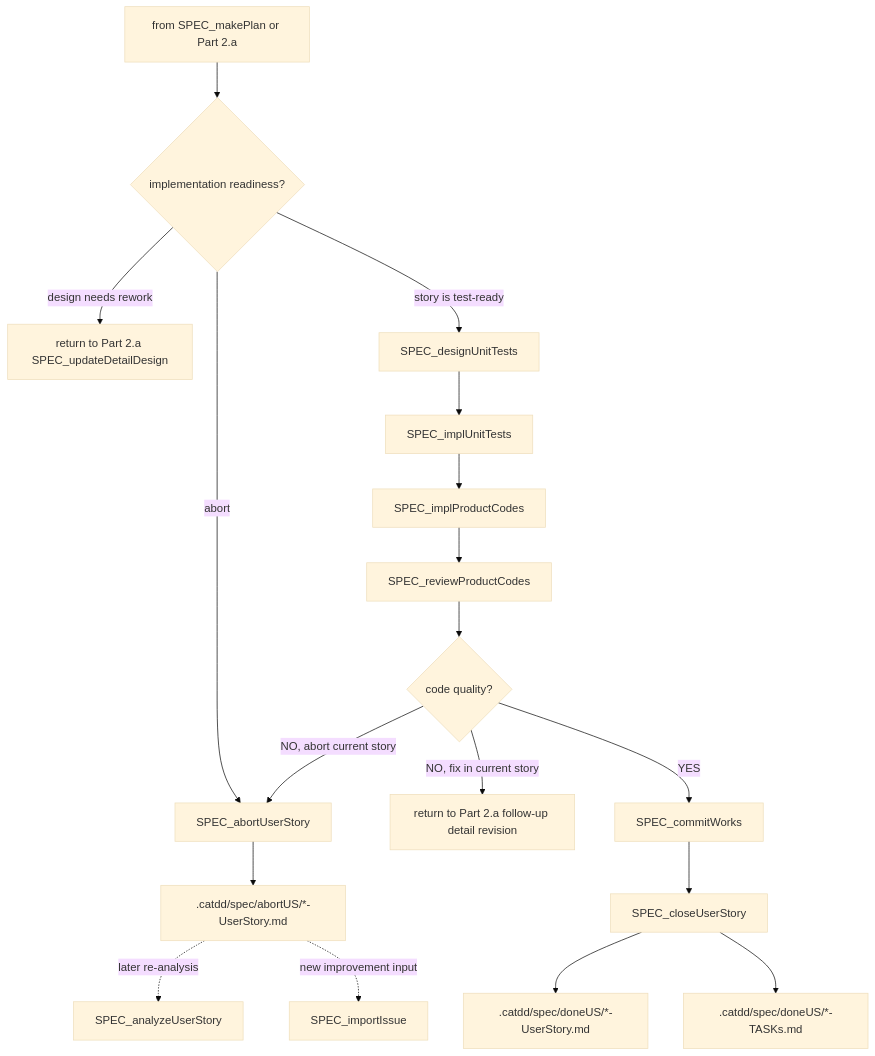
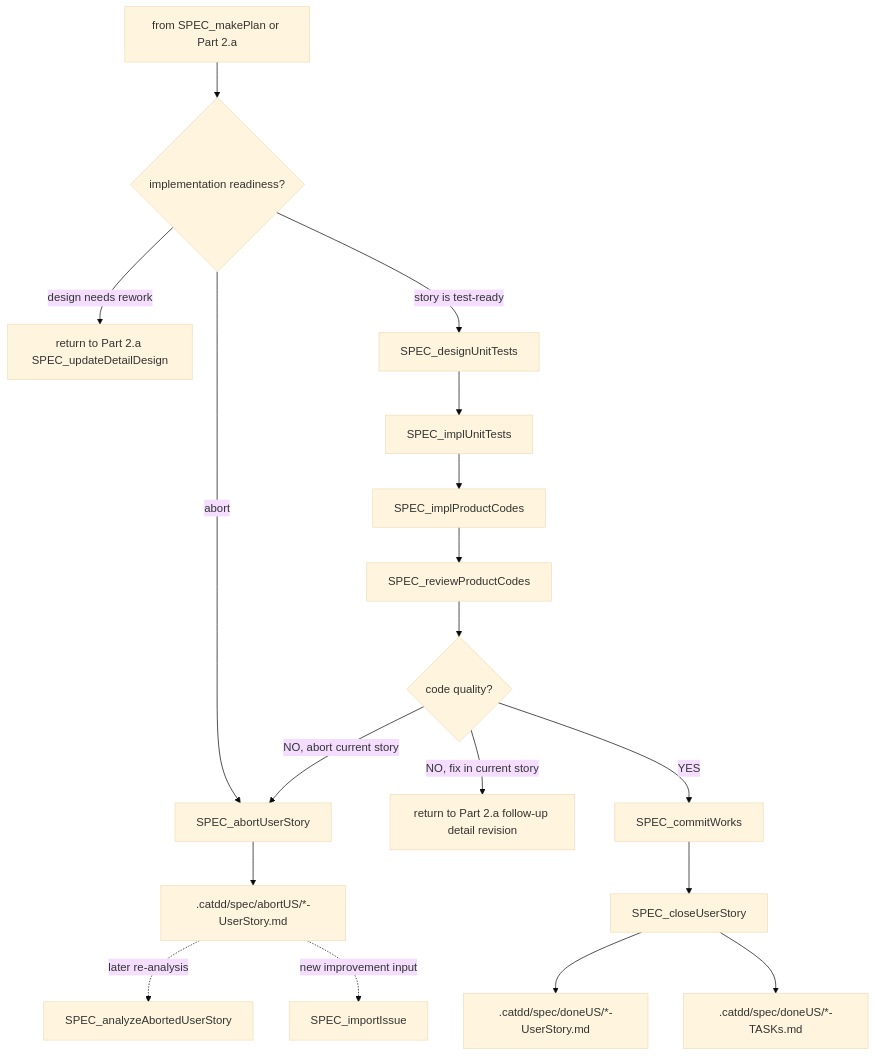
The third of 3 diagrams in .catdd/slashCommands/flows/Px-SpecFlow_ZH.md (HZ-XYZ-FORKS/MyInterObjCom-PlayKata-githubCopilot-autoModel-libIOC-inC), drawn with Mermaid (base theme) before and after one commit. The commit also changed other lines of this file and 11 other files, not shown here.

````diff
--- a/.catdd/slashCommands/flows/Px-SpecFlow_ZH.md
+++ b/.catdd/slashCommands/flows/Px-SpecFlow_ZH.md
@@ -238,22 +238,22 @@
 ```mermaid
 flowchart TB
     Part2b["from SPEC_makePlan or Part 2.a"] --> ImplementationChoice{"implementation readiness?"}
     ImplementationChoice -- "design needs rework" --> ReviewStoryRef["return to Part 2.a SPEC_updateDetailDesign"]
     ImplementationChoice -- "abort" --> Abort2b["SPEC_abortUserStory"]
     ImplementationChoice -- "story is test-ready" --> DesignTests["SPEC_designUnitTests"]
 
     DesignTests --> ImplTests["SPEC_implUnitTests"]
     ImplTests --> ImplCode["SPEC_implProductCodes"]
     ImplCode --> ReviewCode["SPEC_reviewProductCodes"]
     ReviewCode --> QualityCode{"code quality?"}
 
     QualityCode -- "NO, fix in current story" --> DesignRework["return to Part 2.a follow-up detail revision"]
     QualityCode -- "NO, abort current story" --> Abort2b
     QualityCode -- "YES" --> Commit["SPEC_commitWorks"]
     Commit --> Close["SPEC_closeUserStory"]
     Close --> Done[".catdd/spec/doneUS/*-UserStory.md"]
     Close --> DoneTasks[".catdd/spec/doneUS/*-TASKs.md"]
     Abort2b --> AbortUS2b[".catdd/spec/abortUS/*-UserStory.md"]
-    AbortUS2b -. "later re-analysis" .-> AnalyzeAbort2b["SPEC_analyzeUserStory"]
+    AbortUS2b -. "later re-analysis" .-> AnalyzeAbort2b["SPEC_analyzeAbortedUserStory"]
     AbortUS2b -. "new improvement input" .-> ImportIssue2b["SPEC_importIssue"]
 ```
````
